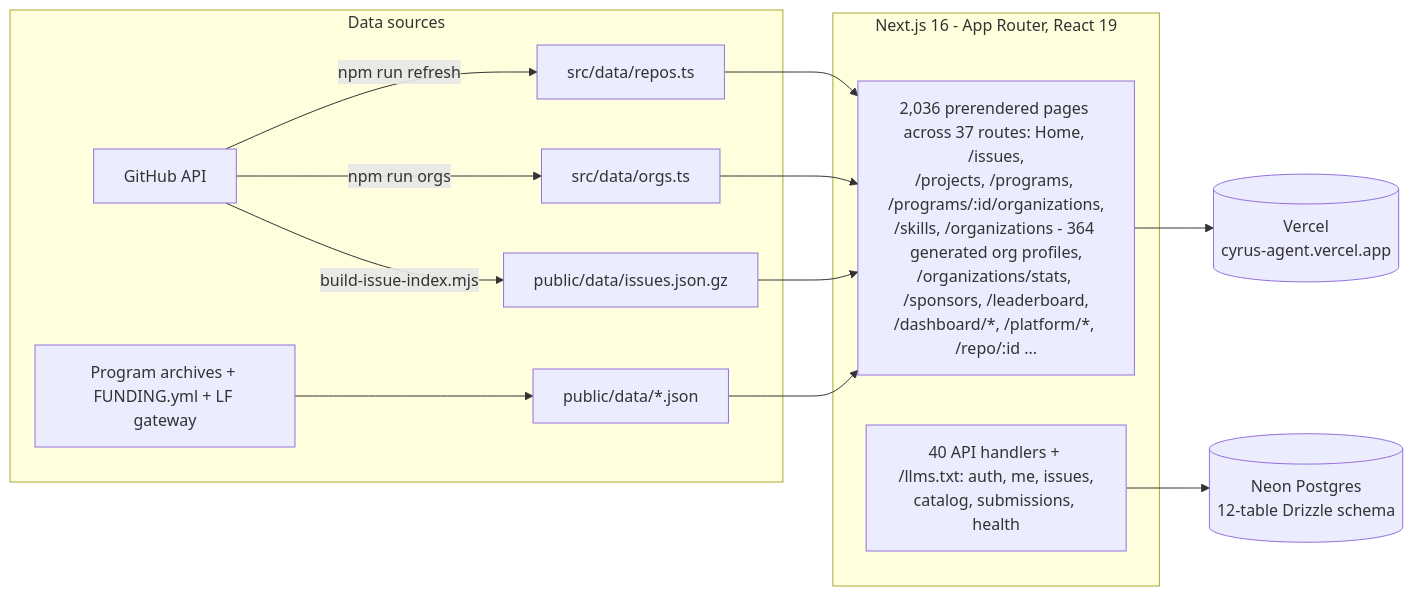
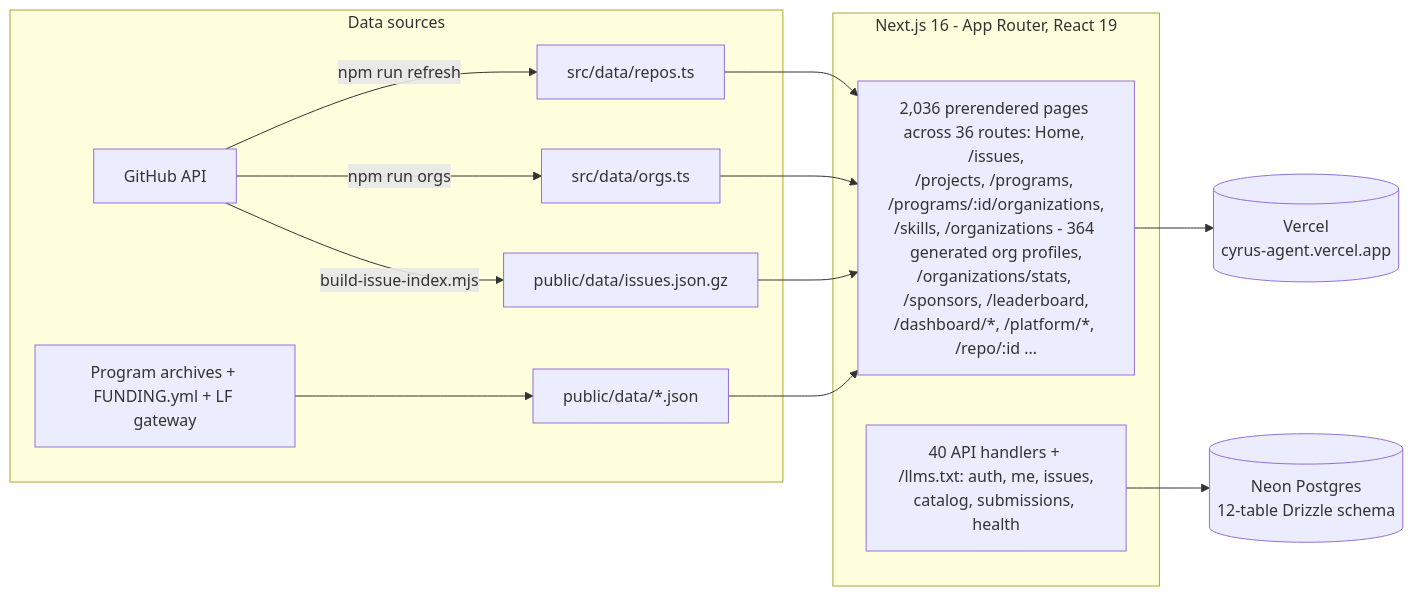
Before and after one commit to adityalenova/cyrus: the second of 2 diagrams in README.md, drawn with Mermaid. The commit also changed other lines of this file, not shown here.

Commit message:
fix(readme): align figure lines with main so this branch merges cleanly

````diff
--- a/README.md
+++ b/README.md
@@ -352,15 +352,15 @@
 ```mermaid
 flowchart LR
     subgraph sources [Data sources]
         GH[GitHub API] -->|npm run refresh| D1[src/data/repos.ts]
         GH -->|npm run orgs| D2[src/data/orgs.ts]
         GH -->|build-issue-index.mjs| D3[public/data/issues.json.gz]
         SOC[Program archives + FUNDING.yml + LF gateway] --> D4[public/data/*.json]
     end
     subgraph app [Next.js 16 - App Router, React 19]
-        D1 & D2 & D3 & D4 --> PAGES[2,036 prerendered pages across 37 routes: Home, /issues,<br/>/projects, /programs, /programs/:id/organizations,<br/>/skills, /organizations - 364 generated org profiles,<br/>/organizations/stats, /sponsors, /leaderboard,<br/>/dashboard/*, /platform/*, /repo/:id ...]
+        D1 & D2 & D3 & D4 --> PAGES[2,036 prerendered pages across 36 routes: Home, /issues,<br/>/projects, /programs, /programs/:id/organizations,<br/>/skills, /organizations - 364 generated org profiles,<br/>/organizations/stats, /sponsors, /leaderboard,<br/>/dashboard/*, /platform/*, /repo/:id ...]
         API[40 API handlers + /llms.txt: auth, me, issues,<br/>catalog, submissions, health]
     end
     PAGES --> V[(Vercel<br/>cyrus-agent.vercel.app)]
     API --> DB[(Neon Postgres<br/>12-table Drizzle schema)]
 ```
````
